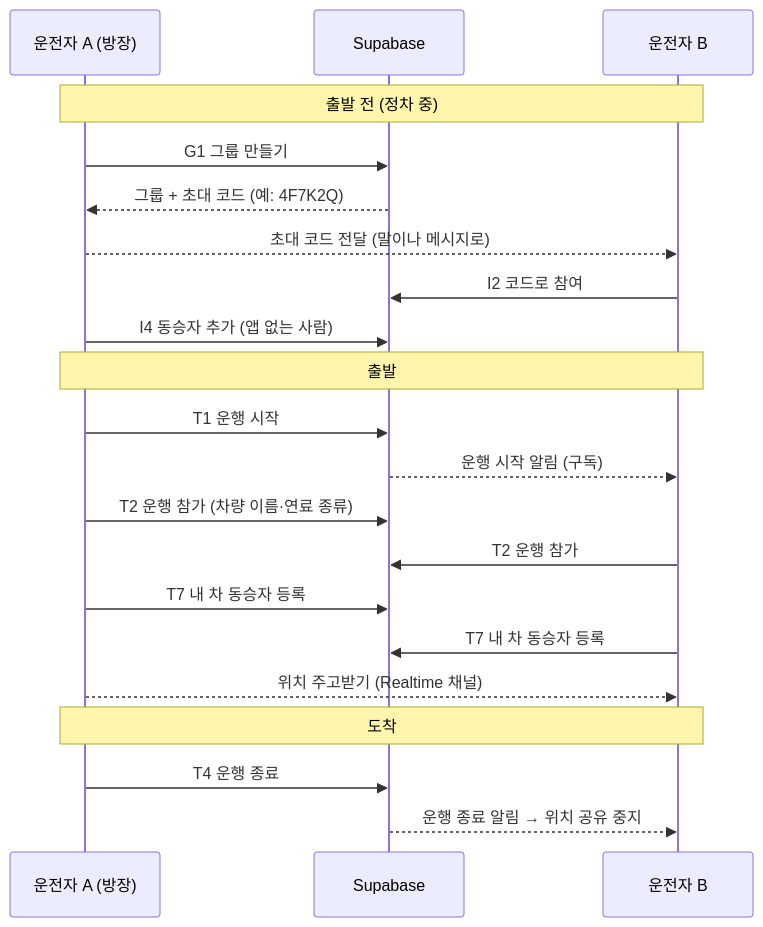
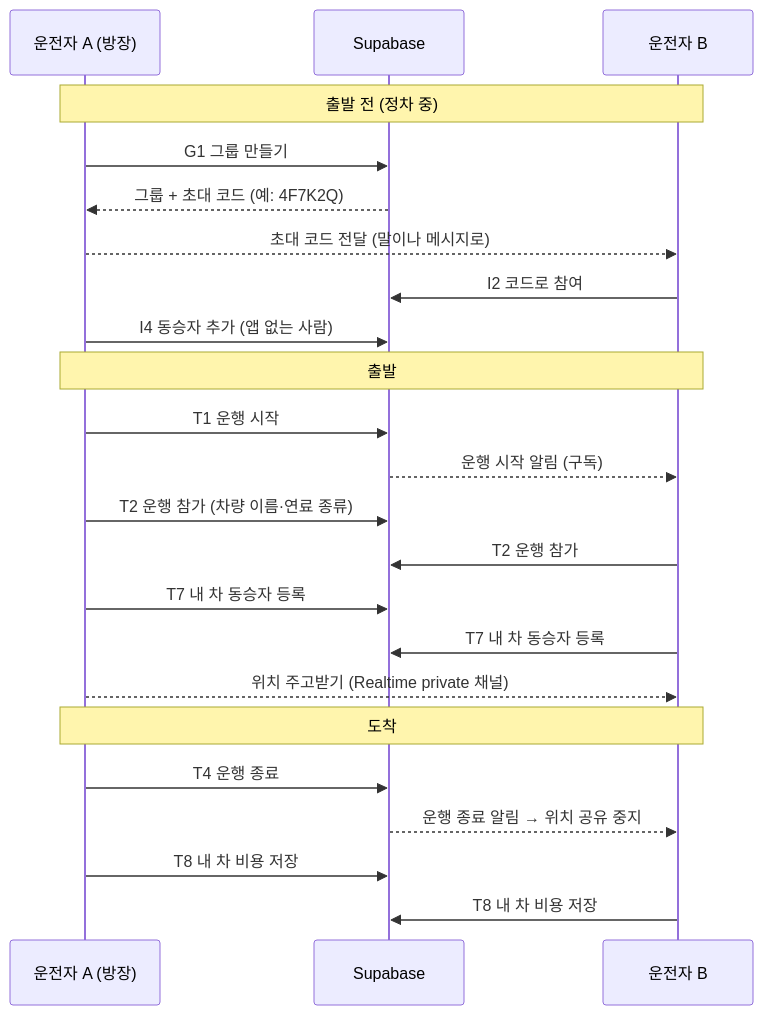
One commit to Nanugil/nanugil-android changed the first of 2 diagrams in docs/group-trip-api.md. Above: the diagram before and after it, drawn with Mermaid. The commit also changed other lines of this file, not shown here.

````diff
--- a/docs/group-trip-api.md
+++ b/docs/group-trip-api.md
@@ -23,24 +23,26 @@
 ```mermaid
 sequenceDiagram
     participant A as 운전자 A (방장)
     participant S as Supabase
     participant B as 운전자 B
 
     Note over A,B: 출발 전 (정차 중)
     A->>S: G1 그룹 만들기
     S-->>A: 그룹 + 초대 코드 (예: 4F7K2Q)
     A-->>B: 초대 코드 전달 (말이나 메시지로)
     B->>S: I2 코드로 참여
     A->>S: I4 동승자 추가 (앱 없는 사람)
     Note over A,B: 출발
     A->>S: T1 운행 시작
     S-->>B: 운행 시작 알림 (구독)
     A->>S: T2 운행 참가 (차량 이름·연료 종류)
     B->>S: T2 운행 참가
     A->>S: T7 내 차 동승자 등록
     B->>S: T7 내 차 동승자 등록
-    A-->>B: 위치 주고받기 (Realtime 채널)
+    A-->>B: 위치 주고받기 (Realtime private 채널)
     Note over A,B: 도착
     A->>S: T4 운행 종료
     S-->>B: 운행 종료 알림 → 위치 공유 중지
+    A->>S: T8 내 차 비용 저장
+    B->>S: T8 내 차 비용 저장
 ```
````
